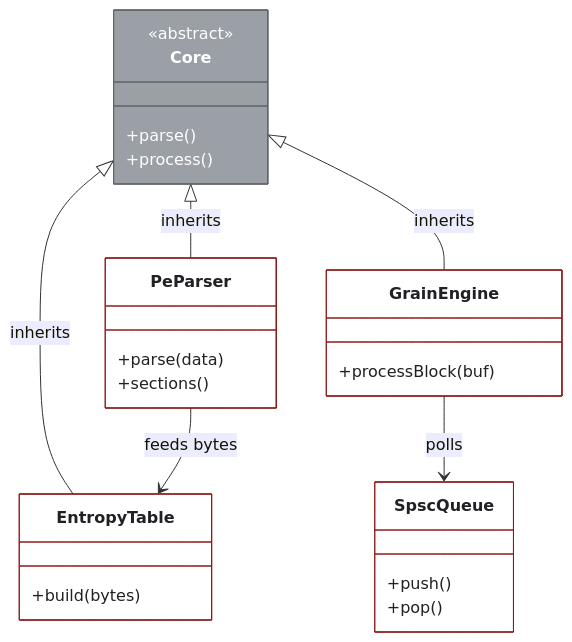
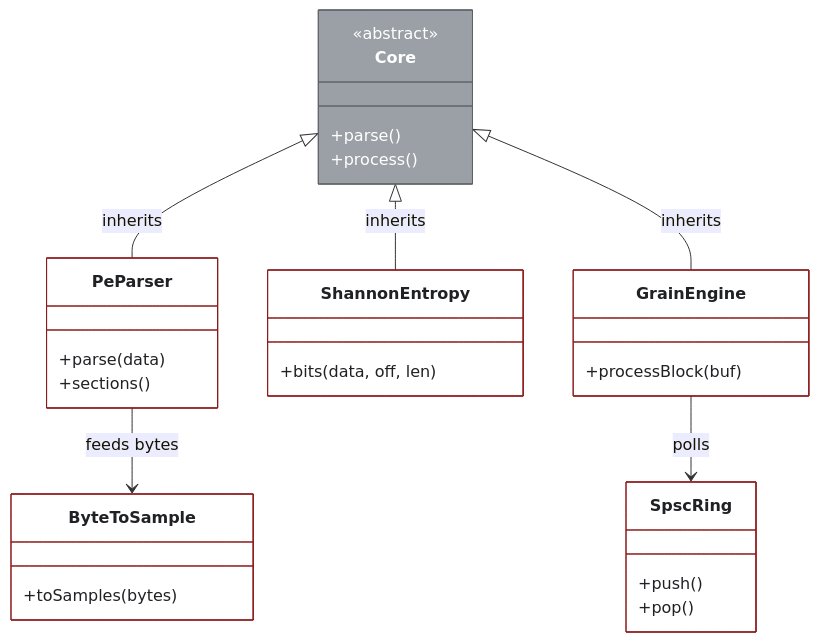
The diagram in examples/opcoda-pe-pipeline/diagrams/containers.mmd (9matesu/Catlas), drawn with Mermaid before and after one commit. The commit also changed 13 other files, not shown here.

Commit message:
Catlas: Opcoda example case with rendered diagram images in READMEs

```diff
--- a/examples/opcoda-pe-pipeline/diagrams/containers.mmd
+++ b/examples/opcoda-pe-pipeline/diagrams/containers.mmd
@@ -1,28 +1,31 @@
 classDiagram
   direction TB
   class Core:::abstract {
     <<abstract>>
     +parse()
     +process()
   }
   class PeParser:::concrete {
     +parse(data)
     +sections()
   }
-  class EntropyTable:::concrete {
-    +build(bytes)
+  class ByteToSample:::concrete {
+    +toSamples(bytes)
+  }
+  class ShannonEntropy:::concrete {
+    +bits(data, off, len)
   }
   class GrainEngine:::concrete {
     +processBlock(buf)
   }
-  class SpscQueue:::concrete {
+  class SpscRing:::concrete {
     +push()
     +pop()
   }
   Core <|-- PeParser : inherits
-  Core <|-- EntropyTable : inherits
+  Core <|-- ShannonEntropy : inherits
   Core <|-- GrainEngine : inherits
-  GrainEngine --> SpscQueue : polls
-  PeParser --> EntropyTable : feeds bytes
+  PeParser --> ByteToSample : feeds bytes
+  GrainEngine --> SpscRing : polls
   classDef abstract fill:#9AA0A6,stroke:#5F6368,color:#fff,fontStyle:italic
   classDef concrete fill:#ffffff,stroke:#8B1A1A,stroke-width:1px,color:#202124
```
